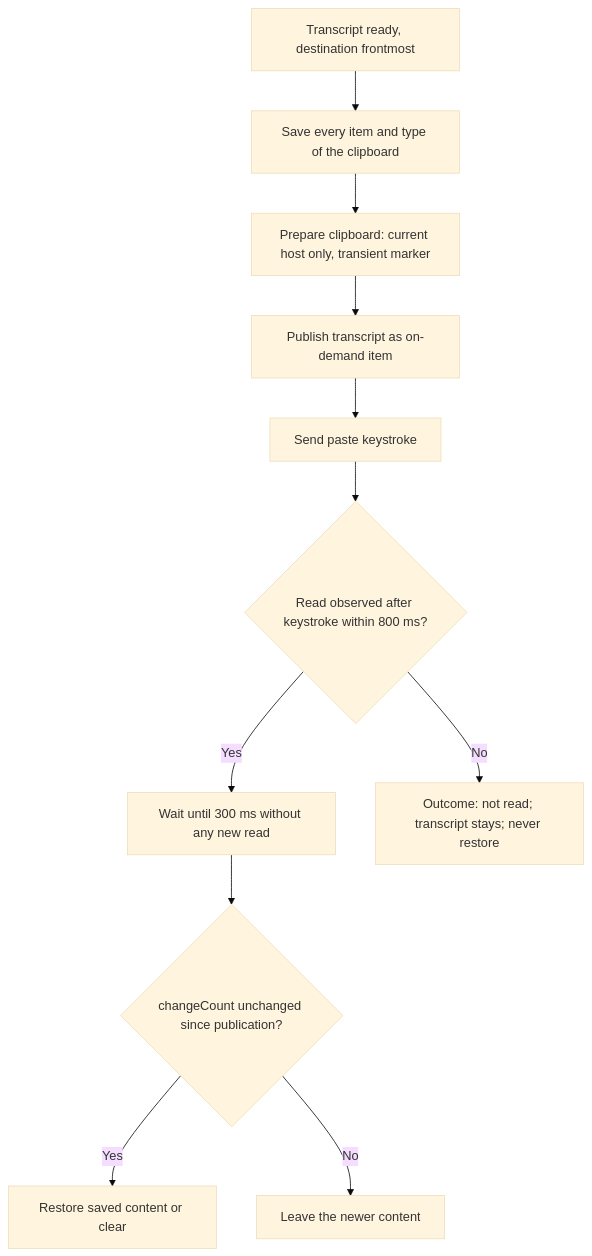
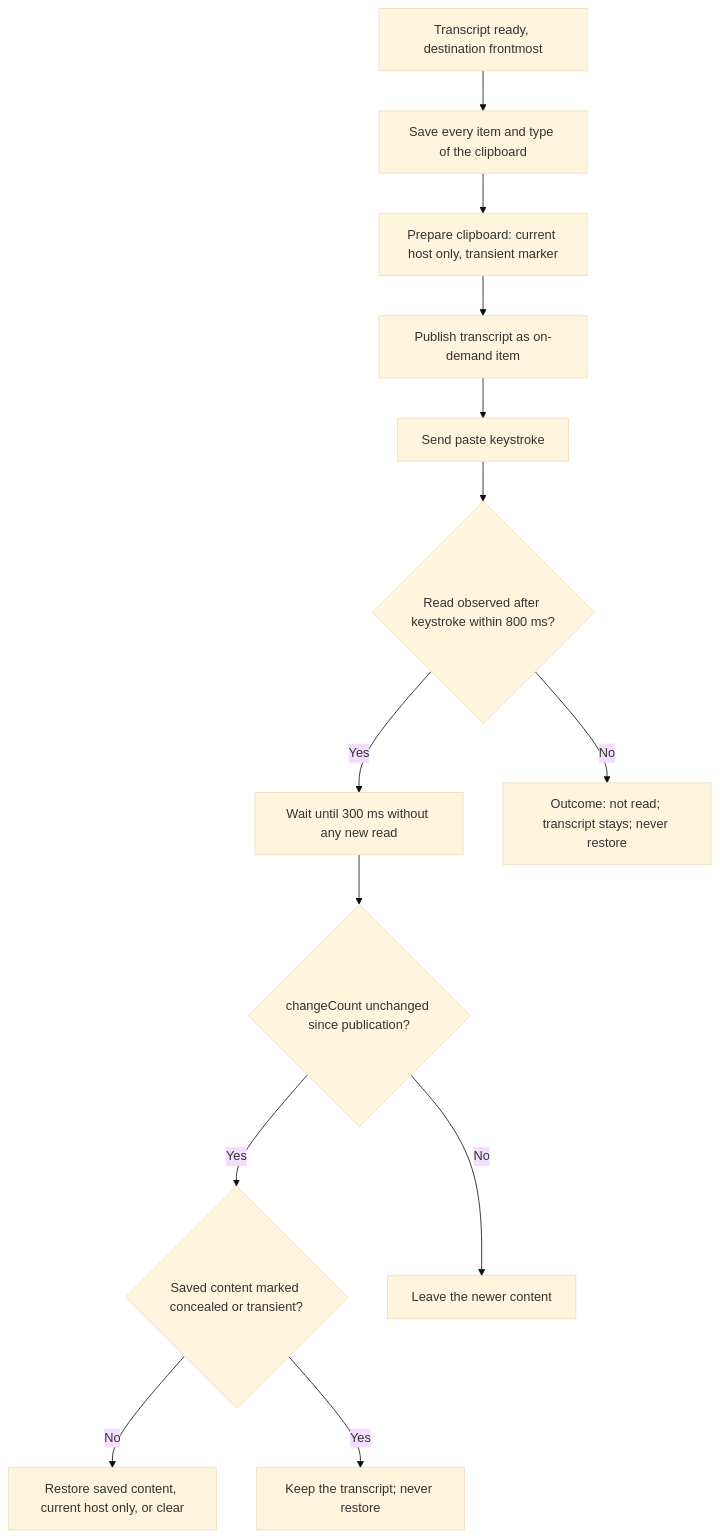
The first of 6 diagrams in .specs/features/007-smart-paste/spec.md (julien-m/handy), drawn with Mermaid (base theme) before and after one commit. The commit also changed other lines of this file and 1 other file, not shown here.

First line of the commit message:
docs: never restore concealed or transient clipboard content after smart paste

````diff
--- a/.specs/features/007-smart-paste/spec.md
+++ b/.specs/features/007-smart-paste/spec.md
@@ -54,13 +60,15 @@
 ```mermaid
 flowchart TD
   A[Transcript ready, destination frontmost] --> B[Save every item and type of the clipboard]
   B --> C[Prepare clipboard: current host only, transient marker]
   C --> D[Publish transcript as on-demand item]
   D --> E[Send paste keystroke]
   E --> F{Read observed after keystroke within 800 ms?}
   F -- Yes --> G[Wait until 300 ms without any new read]
   F -- No --> H[Outcome: not read; transcript stays; never restore]
   G --> I{changeCount unchanged since publication?}
-  I -- Yes --> J[Restore saved content or clear]
+  I -- Yes --> P{Saved content marked concealed or transient?}
+  P -- No --> J[Restore saved content, current host only, or clear]
+  P -- Yes --> Q[Keep the transcript; never restore]
   I -- No --> K[Leave the newer content]
 ```
````
